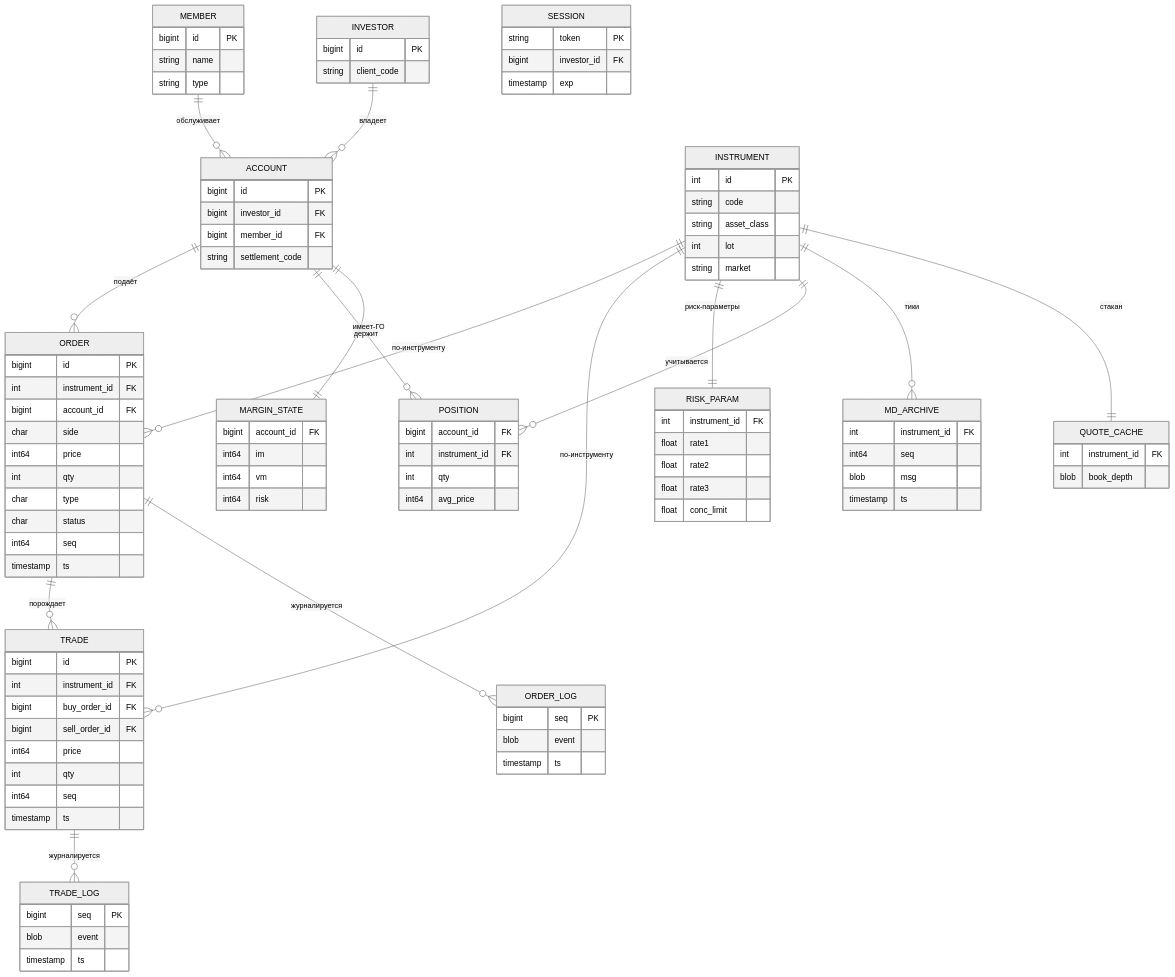
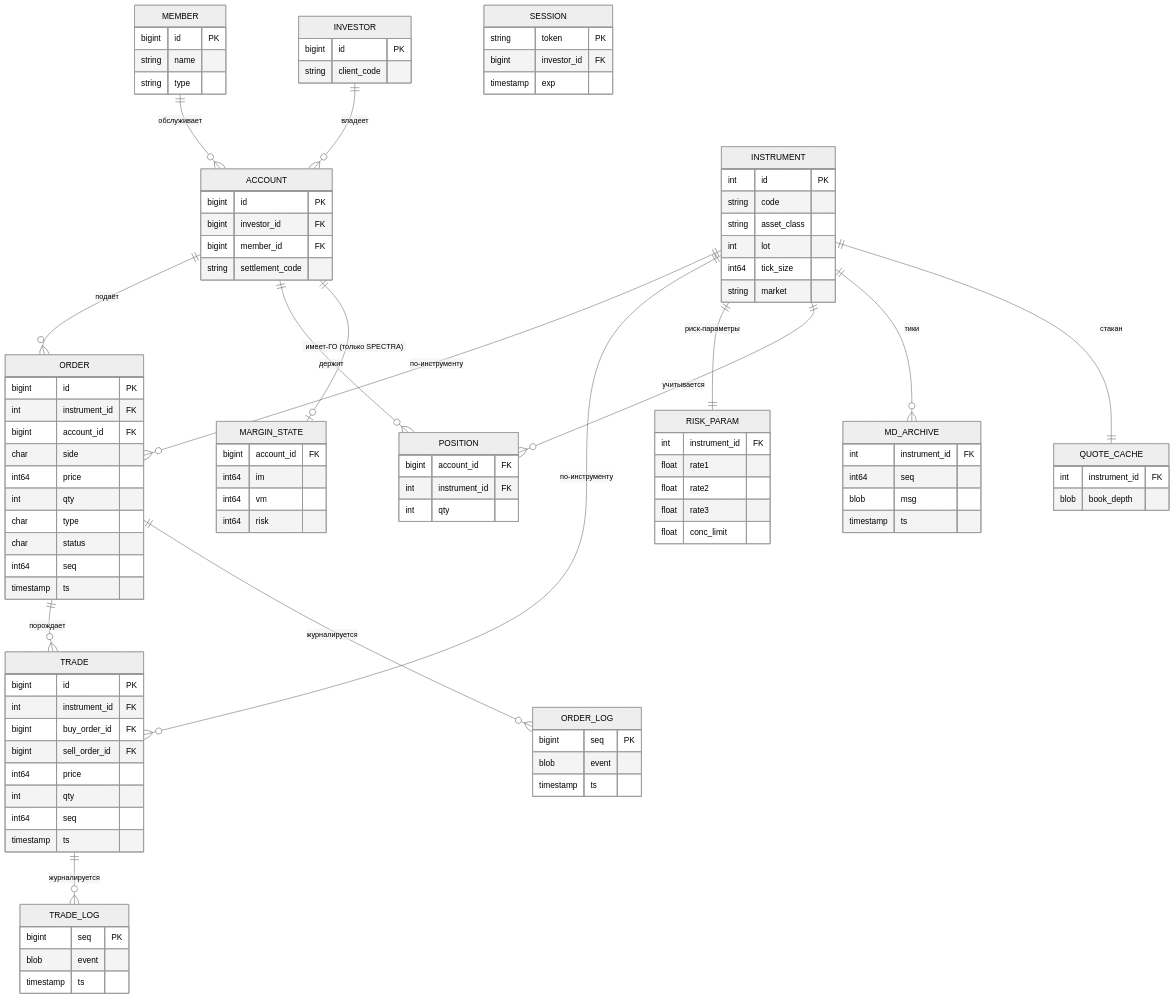
One commit to crimsonnclover/hse-highload changed the third of 5 diagrams in README.md. Above: the diagram before and after it, drawn with Mermaid (neutral theme). The commit also changed other lines of this file, not shown here.

```diff
--- a/README.md
+++ b/README.md
@@ -394,7 +398,7 @@
     INVESTOR ||--o{ ACCOUNT : "владеет"
     ACCOUNT ||--o{ ORDER : "подаёт"
     ACCOUNT ||--o{ POSITION : "держит"
-    ACCOUNT ||--|| MARGIN_STATE : "имеет-ГО"
+    ACCOUNT ||--o| MARGIN_STATE : "имеет-ГО (только SPECTRA)"
     INSTRUMENT ||--o{ ORDER : "по-инструменту"
     INSTRUMENT ||--o{ TRADE : "по-инструменту"
     INSTRUMENT ||--|| RISK_PARAM : "риск-параметры"
@@ -425,6 +429,7 @@
         string code
         string asset_class
         int lot
+        int64 tick_size
         string market
     }
     RISK_PARAM {
@@ -460,7 +465,6 @@
         bigint account_id FK
         int instrument_id FK
         int qty
-        int64 avg_price
     }
     MARGIN_STATE {
         bigint account_id FK
```
